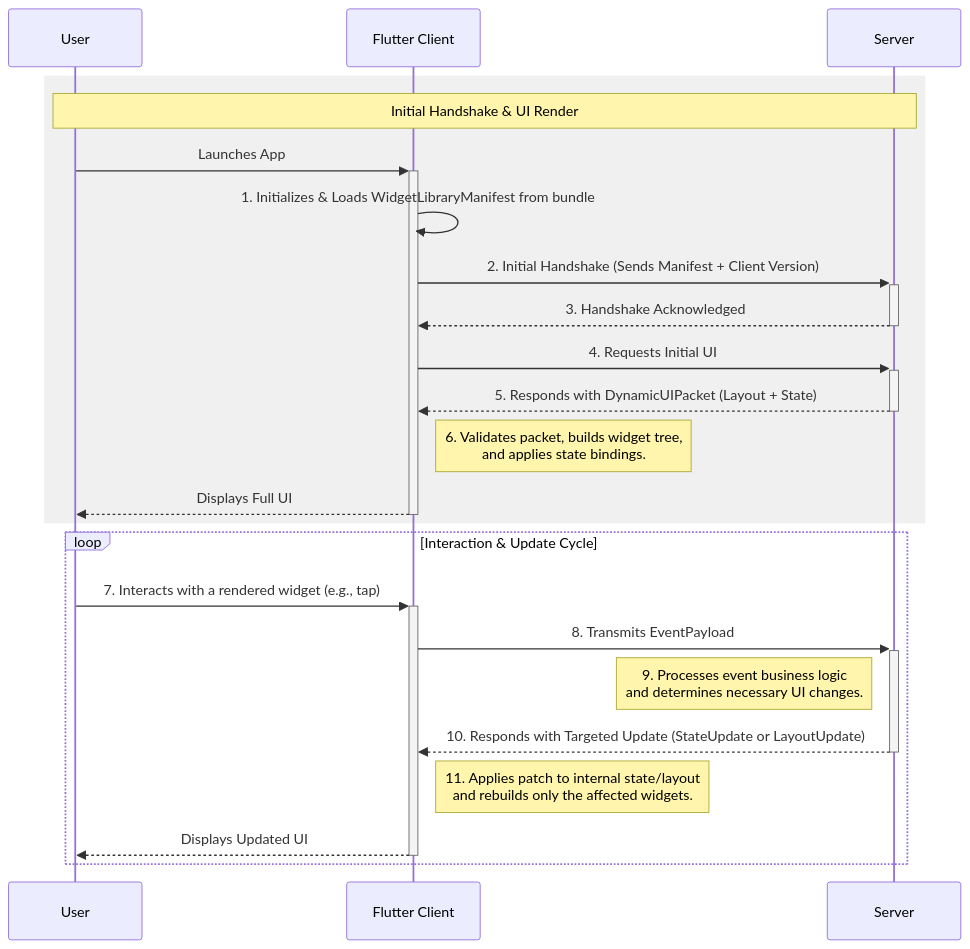
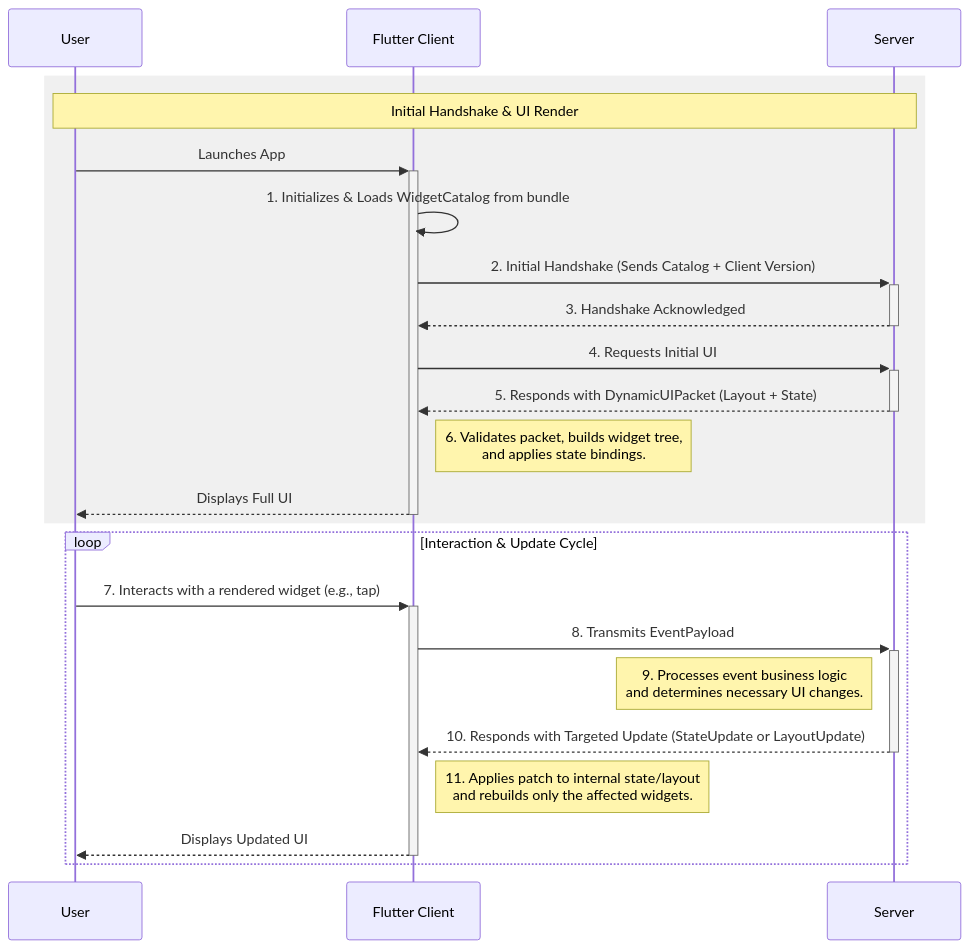
The diagram in pkgs/fcp_client/docs/Flutter Composition Protocol.md (sethladd/genui), drawn with Mermaid before and after one commit. The commit also changed other lines of this file and 28 other files, not shown here.

First line of the commit message:
Rename Manifest to Catalog

````diff
--- a/pkgs/fcp_client/docs/Flutter Composition Protocol.md
+++ b/pkgs/fcp_client/docs/Flutter Composition Protocol.md
@@ -42,28 +42,28 @@
 ```mermaid
 sequenceDiagram
     participant User
     participant Flutter Client
     participant Server
 
     rect rgba(128, 128, 128, 0.12)
         note over User, Server: Initial Handshake & UI Render
         User->>+Flutter Client: Launches App
-        Flutter Client->>Flutter Client: 1. Initializes & Loads WidgetLibraryManifest from bundle
-        Flutter Client->>+Server: 2. Initial Handshake (Sends Manifest + Client Version)
+        Flutter Client->>Flutter Client: 1. Initializes & Loads WidgetCatalog from bundle
+        Flutter Client->>+Server: 2. Initial Handshake (Sends Catalog + Client Version)
         Server-->>-Flutter Client: 3. Handshake Acknowledged
 
         Flutter Client->>+Server: 4. Requests Initial UI
         Server-->>-Flutter Client: 5. Responds with DynamicUIPacket (Layout + State)
         Note right of Flutter Client: 6. Validates packet, builds widget tree, <br/>and applies state bindings.
         Flutter Client-->>-User: Displays Full UI
     end
 
     loop Interaction & Update Cycle
         User->>+Flutter Client: 7. Interacts with a rendered widget (e.g., tap)
         Flutter Client->>+Server: 8. Transmits EventPayload
         Note left of Server: 9. Processes event business logic <br/>and determines necessary UI changes.
         Server-->>-Flutter Client: 10. Responds with Targeted Update (StateUpdate or LayoutUpdate)
         Note right of Flutter Client: 11. Applies patch to internal state/layout <br/>and rebuilds only the affected widgets.
         Flutter Client-->>-User: Displays Updated UI
     end
 ```
````
